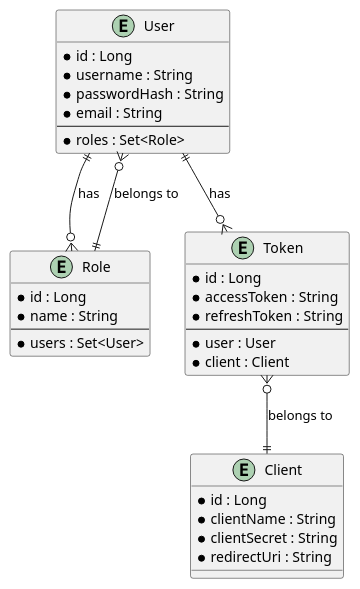
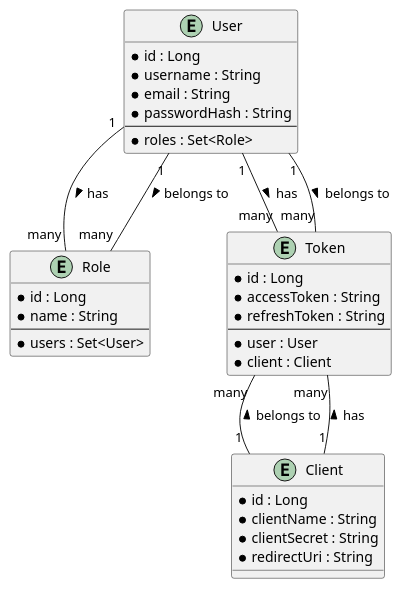
Before and after one commit to Dinesh-s95/AutoDoc.ai: the fifth of 5 diagrams in identityprovider/documentation/detaileddesign.adoc, drawn with PlantUML. The commit also changed other lines of this file and 4 other files, not shown here.

```diff
--- a/identityprovider/documentation/detaileddesign.adoc
+++ b/identityprovider/documentation/detaileddesign.adoc
@@ -447,41 +749,43 @@
-[plantuml, entity-relationship-diagram, png]
+[source,plantuml]
 ----
 @startuml
-entity "User" {
-  *id : Long
-  *username : String
-  *passwordHash : String
-  *email : String
-  --
-  *roles : Set<Role>
+entity User {
+    * id : Long
+    * username : String
+    * email : String
+    * passwordHash : String
+    --
+    * roles : Set<Role>
 }
 
-entity "Role" {
-  *id : Long
-  *name : String
-  --
-  *users : Set<User>
+entity Role {
+    * id : Long
+    * name : String
+    --
+    * users : Set<User>
 }
 
-entity "Client" {
-  *id : Long
-  *clientName : String
-  *clientSecret : String
-  *redirectUri : String
+entity Client {
+    * id : Long
+    * clientName : String
+    * clientSecret : String
+    * redirectUri : String
 }
 
-entity "Token" {
-  *id : Long
-  *accessToken : String
-  *refreshToken : String
-  --
-  *user : User
-  *client : Client
+entity Token {
+    * id : Long
+    * accessToken : String
+    * refreshToken : String
+    --
+    * user : User
+    * client : Client
 }
 
-User ||--o{ Role : "has"
-Role ||--o{ User : "belongs to"
-User ||--o{ Token : "has"
-Token }o--|| Client : "belongs to"
+User "1" -- "many" Role : has >
+Role "many" -- "1" User : belongs to <
+User "1" -- "many" Token : has >
+Token "many" -- "1" User : belongs to <
+Client "1" -- "many" Token : has >
+Token "many" -- "1" Client : belongs to <
 @enduml
 ----
```
